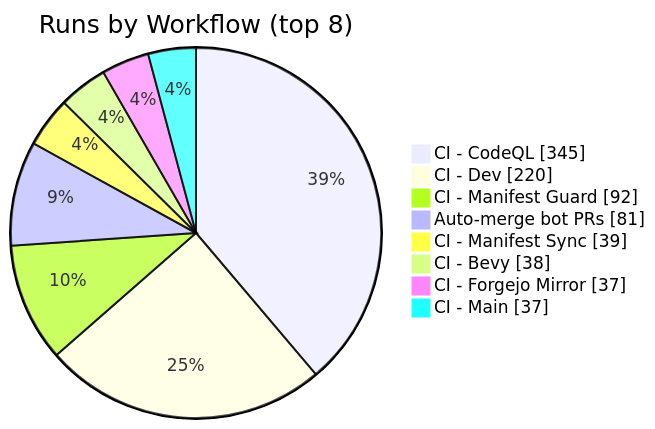
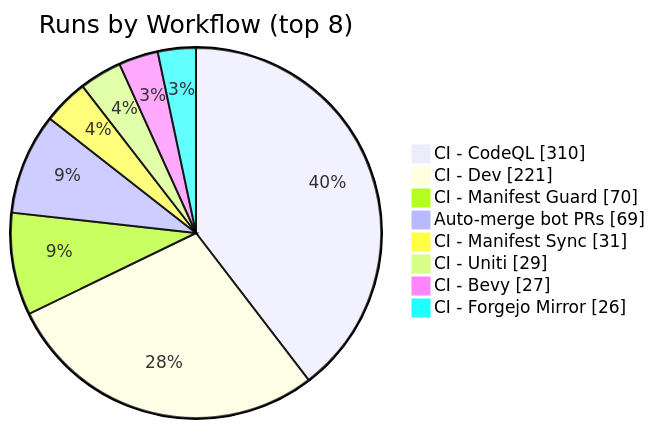
The second of 2 diagrams in apps/kbve/astro-kbve/src/content/docs/dashboard/ci-health.mdx (KBVE/kbve), drawn with Mermaid before and after one commit. The commit also changed other lines of this file and 1 other file, not shown here.

````diff
--- a/apps/kbve/astro-kbve/src/content/docs/dashboard/ci-health.mdx
+++ b/apps/kbve/astro-kbve/src/content/docs/dashboard/ci-health.mdx
@@ -201,12 +201,12 @@
 ```mermaid
 pie showData
     title Runs by Workflow (top 8)
-    "CI - CodeQL" : 345
-    "CI - Dev" : 220
-    "CI - Manifest Guard" : 92
-    "Auto-merge bot PRs" : 81
-    "CI - Manifest Sync" : 39
-    "CI - Bevy" : 38
-    "CI - Forgejo Mirror" : 37
-    "CI - Main" : 37
+    "CI - CodeQL" : 310
+    "CI - Dev" : 221
+    "CI - Manifest Guard" : 70
+    "Auto-merge bot PRs" : 69
+    "CI - Manifest Sync" : 31
+    "CI - Uniti" : 29
+    "CI - Bevy" : 27
+    "CI - Forgejo Mirror" : 26
 ```
````
